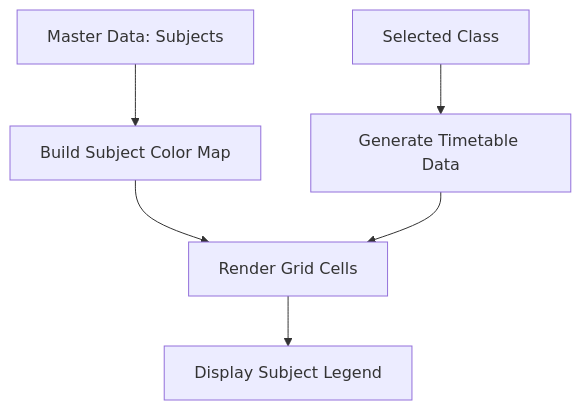
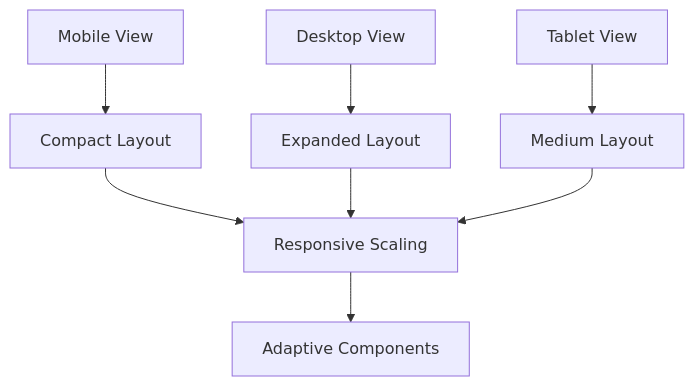
Before and after one commit to Aryan9060/Timetable-Project: the seventh of 8 diagrams in .qoder/repowiki/en/content/Timetable Generation System/Data Integration & API Connectivity.md, drawn with Mermaid. The commit also changed other lines of this file and 7 other files, not shown here.

First line of the commit message:
feat(timetable): enhance data integration with real-time sync and caching

````diff
--- a/.qoder/repowiki/en/content/Timetable Generation System/Data Integration & API Connectivity.md
+++ b/.qoder/repowiki/en/content/Timetable Generation System/Data Integration & API Connectivity.md
@@ -230,8 +344,10 @@
 ```mermaid
 flowchart TD
-SelClass["Selected Class"] --> Gen["Generate Timetable Data"]
-Subjects["Master Data: Subjects"] --> ColorMap["Build Subject Color Map"]
-ColorMap --> Render["Render Grid Cells"]
-Gen --> Render
-Render --> Legend["Display Subject Legend"]
+Mobile["Mobile View"] --> Compact["Compact Layout"]
+Desktop["Desktop View"] --> Expanded["Expanded Layout"]
+Tablet["Tablet View"] --> Medium["Medium Layout"]
+Compact --> Responsive["Responsive Scaling"]
+Expanded --> Responsive
+Medium --> Responsive
+Responsive --> Adaptive["Adaptive Components"]
 ```
````
